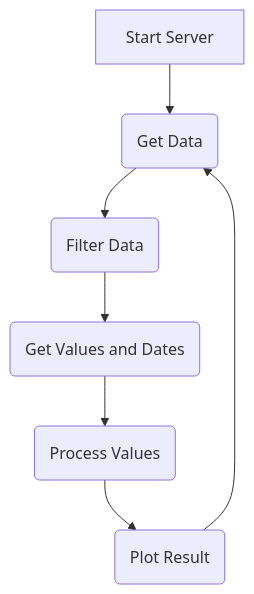
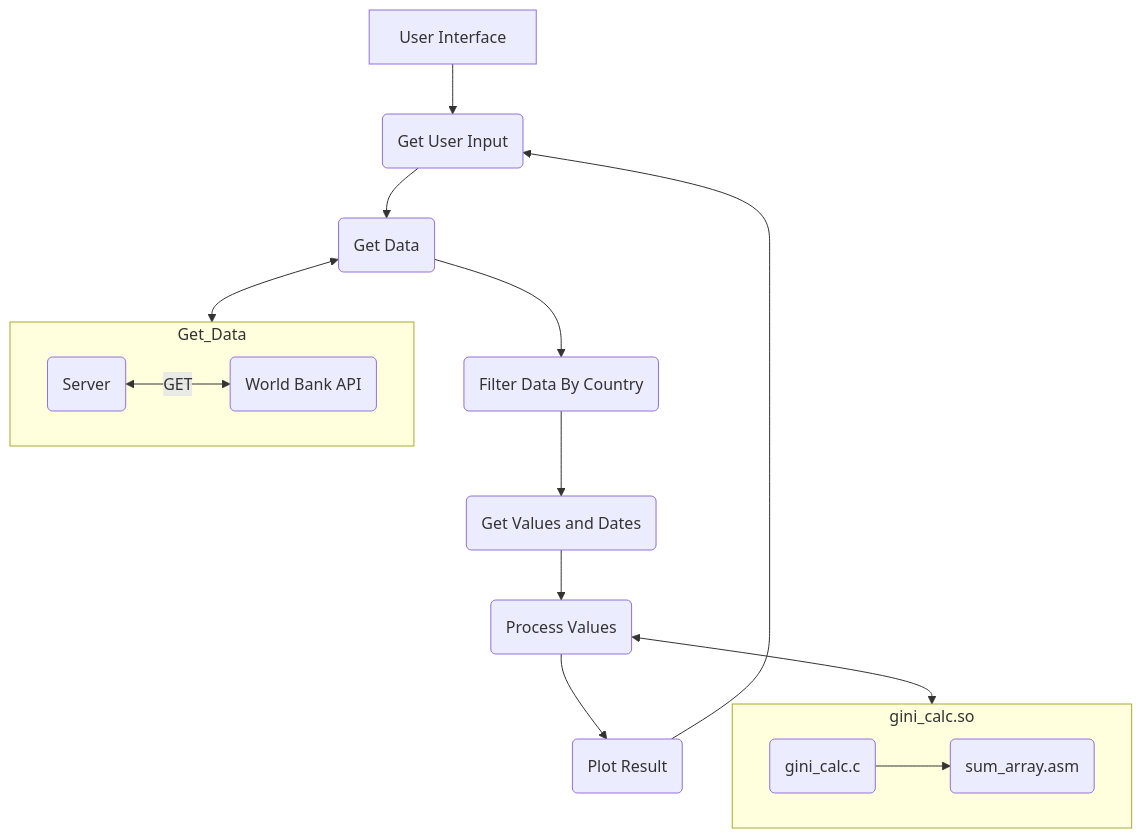
One commit to marcosraimondi1/tp2-siscom changed the diagram in README.md. Above: the diagram before and after it, drawn with Mermaid. The commit also changed other lines of this file, not shown here.

````diff
--- a/README.md
+++ b/README.md
@@ -11,9 +11,20 @@
 ```mermaid
-flowchart TD
-    A[Start Server] --> B(Get Data)
-    B --> C(Filter Data)
+flowchart TB
+    A0[User Interface] --> A
+    A(Get User Input) --> B(Get Data)
+    B --> C(Filter Data By Country)
+    B <--> Get_Data
     C --> D(Get Values and Dates)
     D --> E(Process Values)
     E --> F(Plot Result)
-    F --> B
+    E <--> gini_calc.so
+    F --> A
+
+    subgraph Get_Data
+    B1(Server)<-->|GET|B2(World Bank API)
+    end
+
+    subgraph gini_calc.so
+    E2(gini_calc.c)-->E3(sum_array.asm)
+    end
 ```
````
